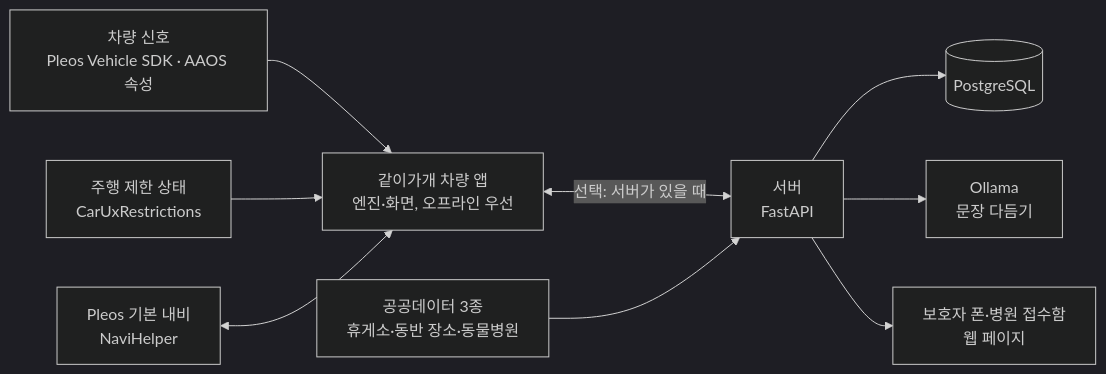
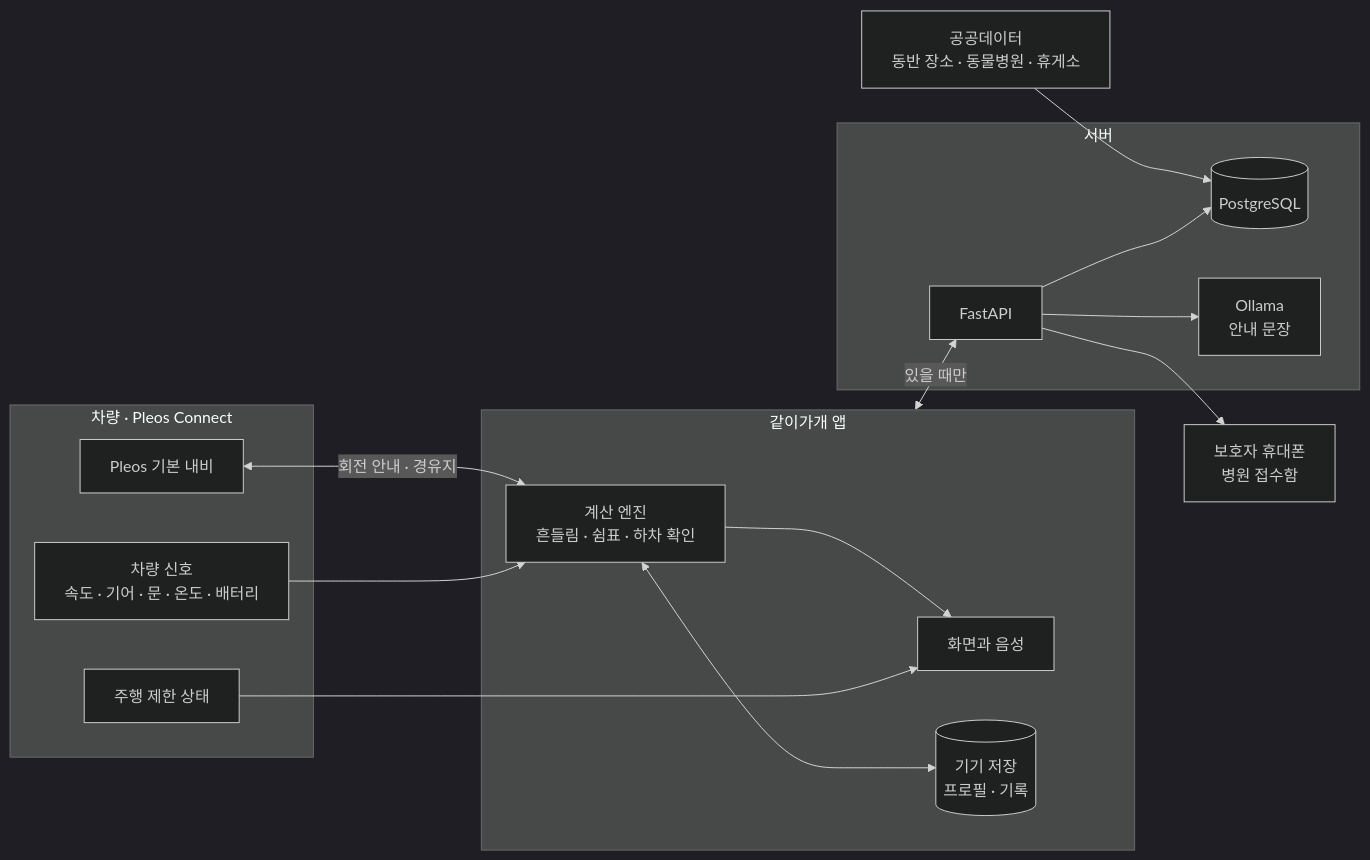
Before and after one commit to xuxtaku7610-del/every-moment-of-pause: the first of 4 diagrams in README.md, drawn with Mermaid (dark theme). The commit also changed other lines of this file and 3 other files, not shown here.

````diff
--- a/README.md
+++ b/README.md
@@ -102,11 +140,34 @@
 ```mermaid
 flowchart LR
-  V["차량 신호<br/>Pleos Vehicle SDK · AAOS 속성"] --> A
-  U["주행 제한 상태<br/>CarUxRestrictions"] --> A
-  N["Pleos 기본 내비<br/>NaviHelper"] <--> A
-  A["같이가개 차량 앱<br/>엔진·화면, 오프라인 우선"] <-->|"선택: 서버가 있을 때"| S["서버<br/>FastAPI"]
-  S --> D[("PostgreSQL")]
-  S --> L["Ollama<br/>문장 다듬기"]
-  P["공공데이터 3종<br/>휴게소·동반 장소·동물병원"] --> S
-  S --> W["보호자 폰·병원 접수함<br/>웹 페이지"]
+  subgraph CAR["차량 · Pleos Connect"]
+    VS["차량 신호<br/>속도 · 기어 · 문 · 온도 · 배터리"]
+    UX["주행 제한 상태"]
+    NAV["Pleos 기본 내비"]
+  end
+
+  subgraph APP["같이가개 앱"]
+    ENG["계산 엔진<br/>흔들림 · 쉼표 · 하차 확인"]
+    UI["화면과 음성"]
+    DB[("기기 저장<br/>프로필 · 기록")]
+  end
+
+  subgraph SRV["서버"]
+    API["FastAPI"]
+    PG[("PostgreSQL")]
+    LLM["Ollama<br/>안내 문장"]
+  end
+
+  PUB["공공데이터<br/>동반 장소 · 동물병원 · 휴게소"]
+  PHONE["보호자 휴대폰<br/>병원 접수함"]
+
+  VS --> ENG
+  UX --> UI
+  NAV <-->|"회전 안내 · 경유지"| ENG
+  ENG --> UI
+  ENG <--> DB
+  APP <-->|"있을 때만"| API
+  API --> PG
+  API --> LLM
+  PUB --> PG
+  API --> PHONE
 ```
````
